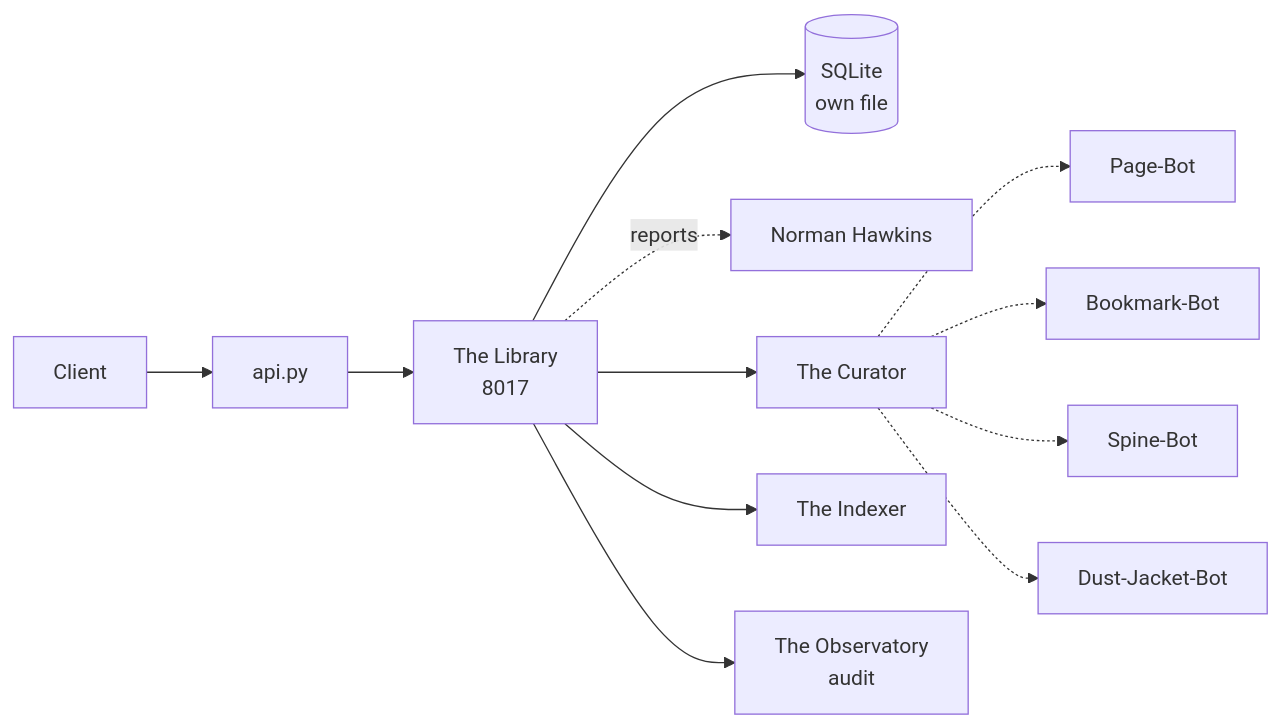
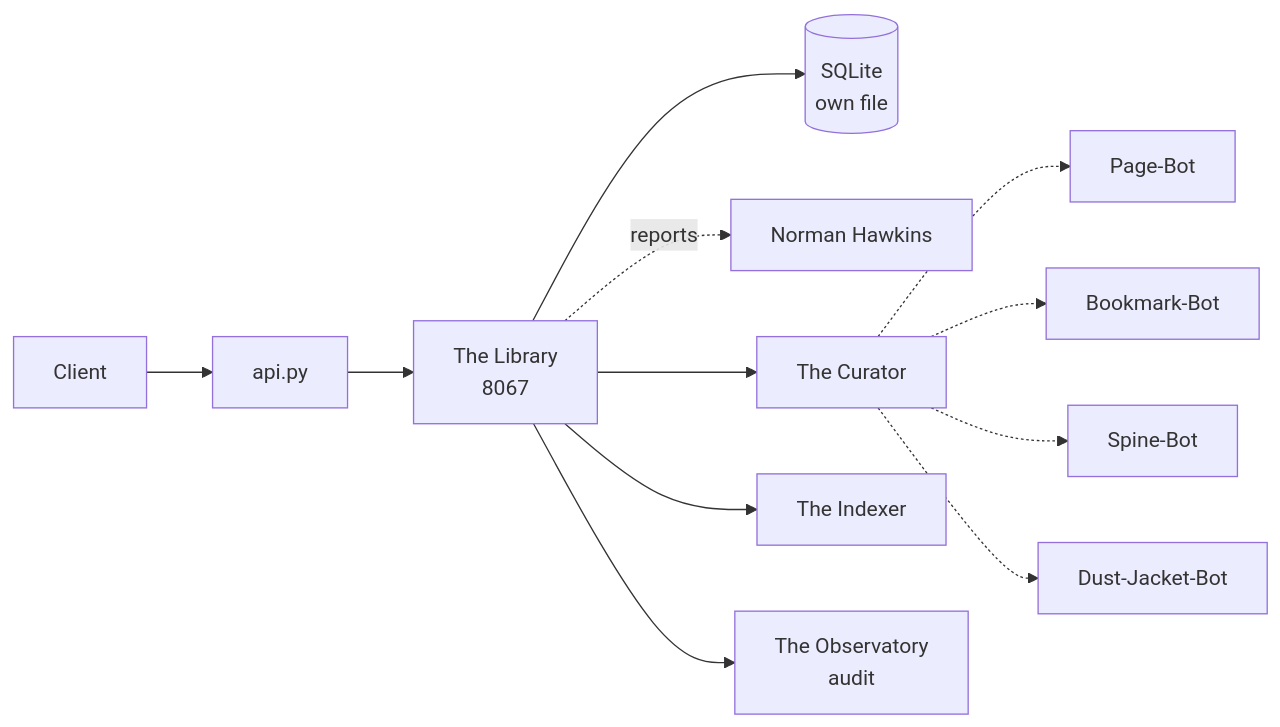
Before and after one commit to Trancendos/Tranc3: the diagram in docs/solution-packs/the-library.md, drawn with Mermaid. The commit also changed other lines of this file and 6 other files, not shown here.

````diff
--- a/docs/solution-packs/the-library.md
+++ b/docs/solution-packs/the-library.md
@@ -69,14 +69,14 @@
 ```mermaid
 flowchart LR
     C[Client] --> A[api.py]
-    A --> S[The Library<br/>8017]
+    A --> S[The Library<br/>8067]
     S --> DB[(SQLite<br/>own file)]
     S -.reports.-> P[Norman Hawkins]
     S --> AA[The Curator]
     S --> AB[The Indexer]
     AA -.-> PageBot[Page-Bot]
     AA -.-> BookmarkBot[Bookmark-Bot]
     AA -.-> SpineBot[Spine-Bot]
     AA -.-> DustJacketBot[Dust-Jacket-Bot]
     S --> OBS[The Observatory<br/>audit]
 ```
````
